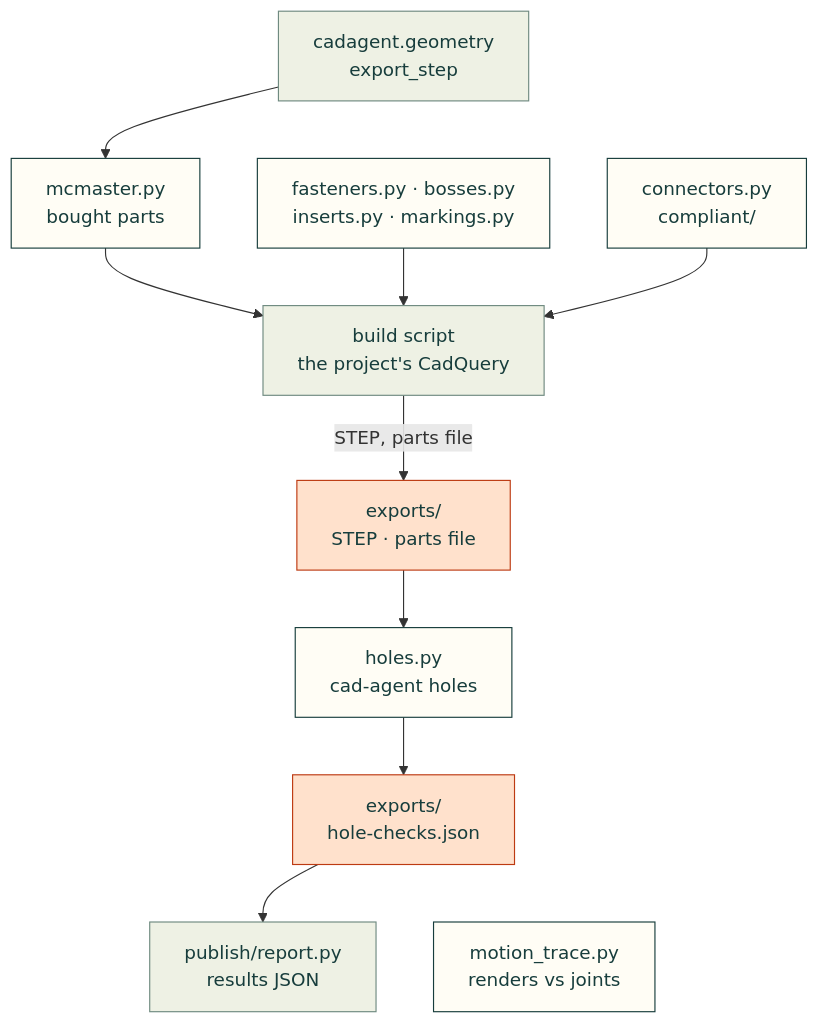
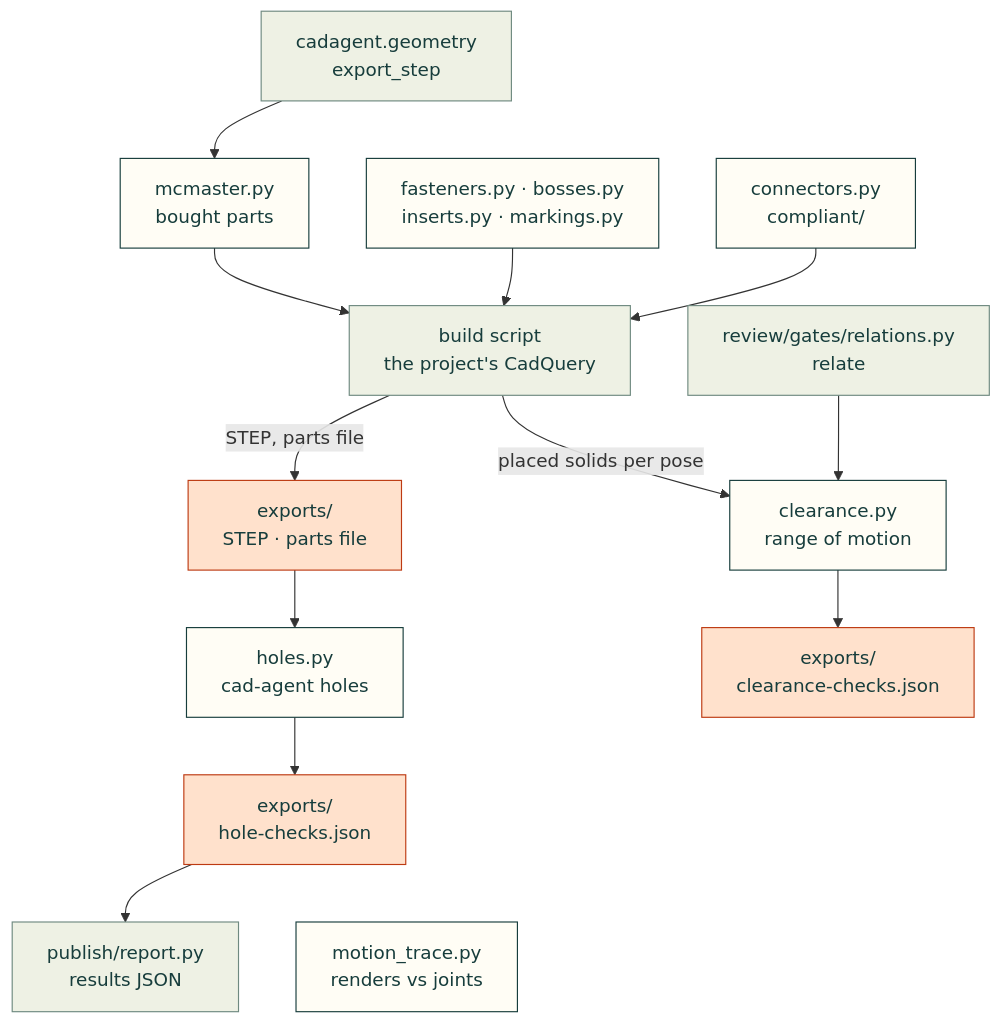
Before and after one commit to Valpatel/cad-agent: the diagram in src/cadagent/mechanical/README.md, drawn with Mermaid. The commit also changed other lines of this file and 4 other files, not shown here.

````diff
--- a/src/cadagent/mechanical/README.md
+++ b/src/cadagent/mechanical/README.md
@@ -12,18 +13,21 @@
 ```mermaid
 flowchart TD
     G["cadagent.geometry<br/>export_step"] --> MC["mcmaster.py<br/>bought parts"]
     G ~~~ FK["fasteners.py · bosses.py<br/>inserts.py · markings.py"]
     G ~~~ CC["connectors.py<br/>compliant/"]
     MC & FK & CC --> B["build script<br/>the project's CadQuery"]
     B -->|"STEP, parts file"| X["exports/<br/>STEP · parts file"]
     X --> H["holes.py<br/>cad-agent holes"]
     H --> HJ["exports/<br/>hole-checks.json"]
     HJ --> R["publish/report.py<br/>results JSON"]
     HJ ~~~ MT["motion_trace.py<br/>renders vs joints"]
+    B -->|"placed solids per pose"| CL["clearance.py<br/>range of motion"]
+    RG["review/gates/relations.py<br/>relate"] --> CL
+    CL --> CJ["exports/<br/>clearance-checks.json"]
     classDef here fill:#fffdf5,stroke:#173d3c,color:#173d3c
     classDef near fill:#eef1e4,stroke:#6f8a80,color:#173d3c
     classDef out fill:#ffe1cc,stroke:#bd3a12,color:#173d3c
-    class MC,FK,CC,H,MT here
-    class G,B,R near
-    class X,HJ out
+    class MC,FK,CC,H,MT,CL here
+    class G,B,R,RG near
+    class X,HJ,CJ out
 ```
````
